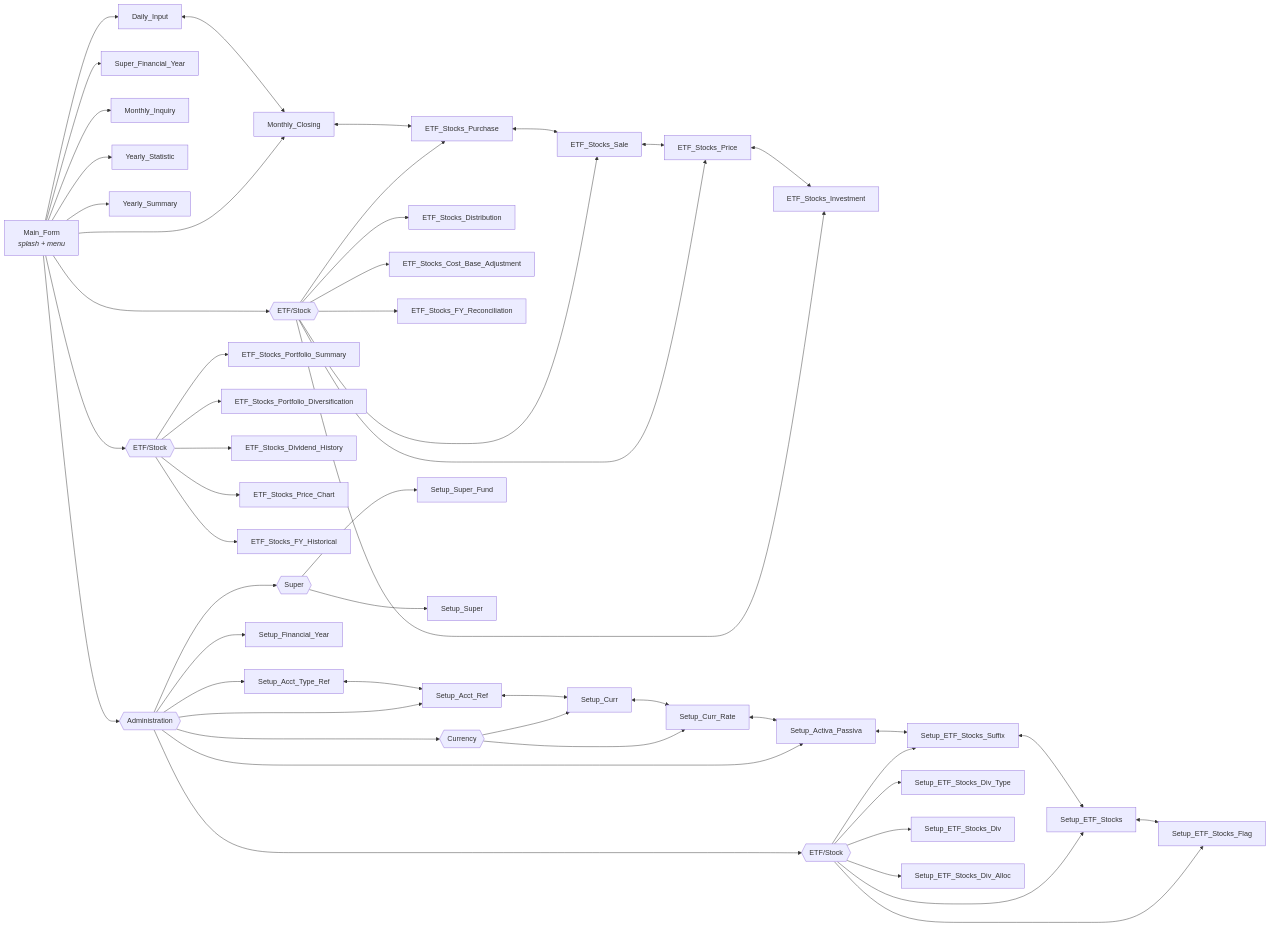
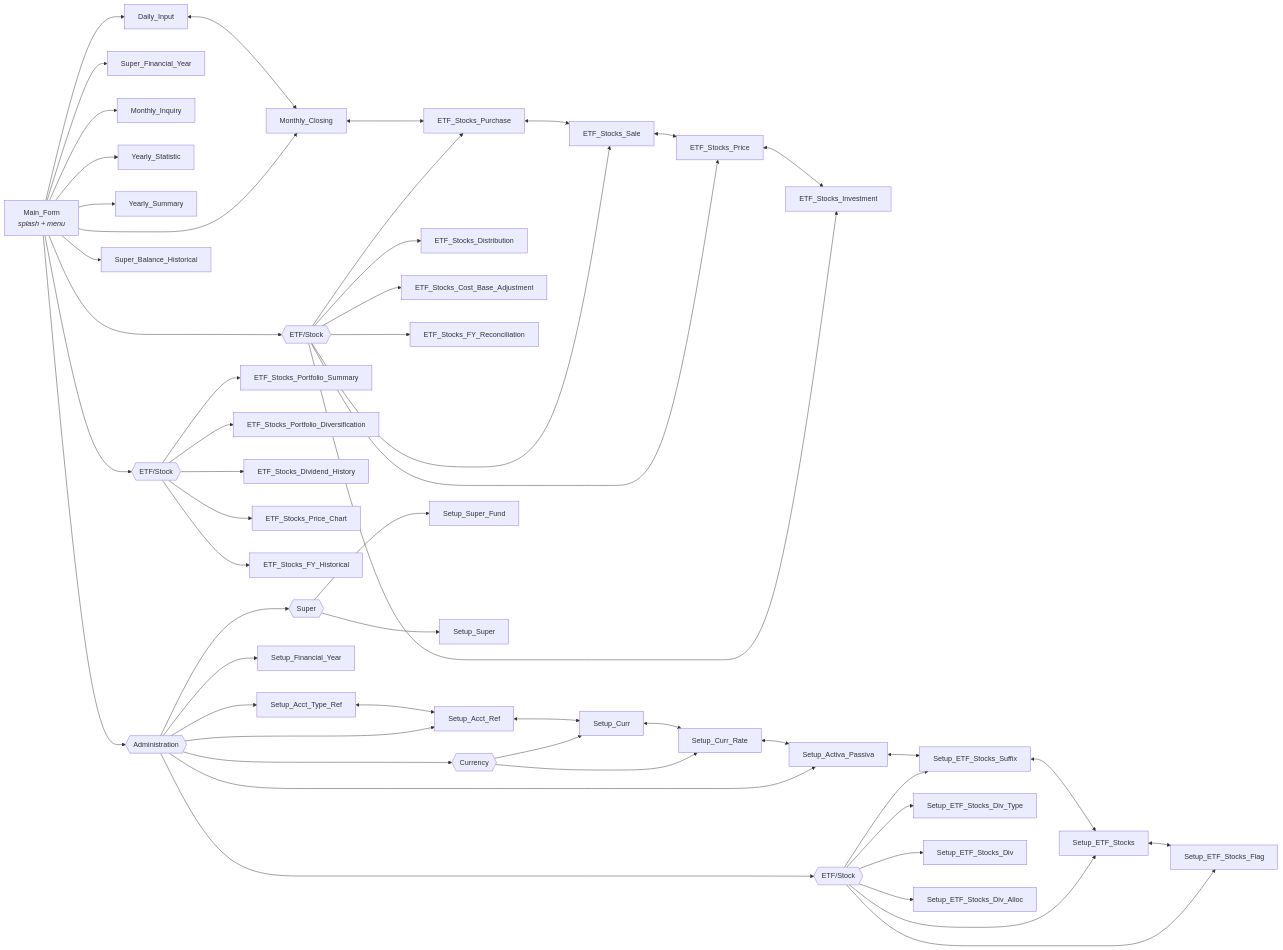
The second of 3 diagrams in README.md (oscar-rijadi/FinancialBalance), drawn with Mermaid before and after one commit. The commit also changed other lines of this file and 33 other files, not shown here.

Commit message:
Implement Super Balance and Historical

````diff
--- a/README.md
+++ b/README.md
@@ -105,58 +106,59 @@
 ```mermaid
 flowchart LR
     MAIN["Main_Form<br/><i>splash + menu</i>"]
 
     MAIN --> DI["Daily_Input"]
     MAIN --> MC["Monthly_Closing"]
     MAIN --> PETFG{{"ETF/Stock"}}
     PETFG --> ETP["ETF_Stocks_Price"]
     PETFG --> ETI["ETF_Stocks_Investment"]
     PETFG --> ETB["ETF_Stocks_Purchase"]
     PETFG --> ETS["ETF_Stocks_Sale"]
     PETFG --> ETD["ETF_Stocks_Distribution"]
     PETFG --> ECB["ETF_Stocks_Cost_Base_Adjustment"]
     PETFG --> ETR["ETF_Stocks_FY_Reconciliation"]
     MAIN --> SFYP["Super_Financial_Year"]
     MAIN --> MI["Monthly_Inquiry"]
     MAIN --> YT["Yearly_Statistic"]
     MAIN --> YS["Yearly_Summary"]
     MAIN --> PORTG{{"ETF/Stock"}}
     PORTG --> PSUM["ETF_Stocks_Portfolio_Summary"]
     PORTG --> PDIV["ETF_Stocks_Portfolio_Diversification"]
     PORTG --> PDVH["ETF_Stocks_Dividend_History"]
     PORTG --> PPCH["ETF_Stocks_Price_Chart"]
     PORTG --> PFYH["ETF_Stocks_FY_Historical"]
+    MAIN --> SBH["Super_Balance_Historical"]
 
     MAIN --> ADMIN{{"Administration"}}
     ADMIN --> SATR["Setup_Acct_Type_Ref"]
     ADMIN --> SAR["Setup_Acct_Ref"]
     ADMIN --> CURG{{"Currency"}}
     CURG --> SC["Setup_Curr"]
     CURG --> SCR["Setup_Curr_Rate"]
     ADMIN --> SAP["Setup_Activa_Passiva"]
     ADMIN --> SFY["Setup_Financial_Year"]
     ADMIN --> ETFG{{"ETF/Stock"}}
     ETFG --> SES["Setup_ETF_Stocks_Suffix"]
     ETFG --> SET["Setup_ETF_Stocks"]
     ETFG --> SEF["Setup_ETF_Stocks_Flag"]
     ETFG --> SDT["Setup_ETF_Stocks_Div_Type"]
     ETFG --> SDV["Setup_ETF_Stocks_Div"]
     ETFG --> SDA["Setup_ETF_Stocks_Div_Alloc"]
     ADMIN --> SUPG{{"Super"}}
     SUPG --> SSF["Setup_Super_Fund"]
     SUPG --> SSU["Setup_Super"]
 
     DI <--> MC
     MC <--> ETB
     ETB <--> ETS
     ETS <--> ETP
     ETP <--> ETI
 
     SATR <--> SAR
     SAR <--> SC
     SC <--> SCR
     SCR <--> SAP
     SAP <--> SES
     SES <--> SET
     SET <--> SEF
 ```
````
